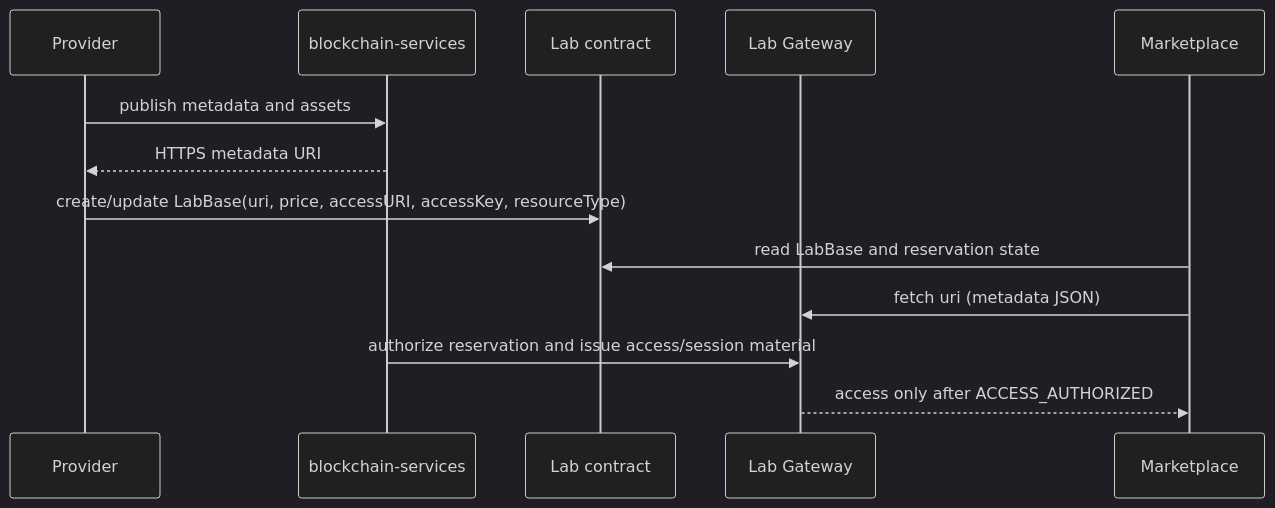
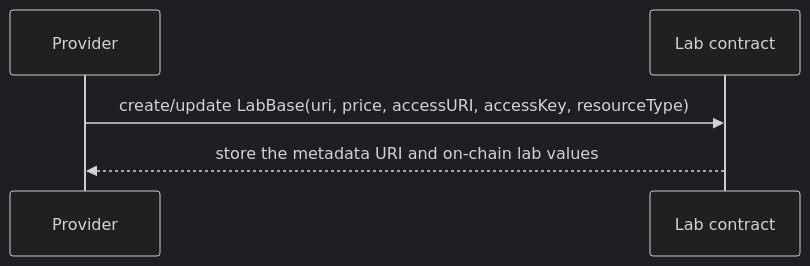
The diagram in README.md (DecentraLabsCom/Lab-Metadata), drawn with Mermaid (dark theme) before and after one commit. The commit also changed other lines of this file and 2 other files, not shown here.

Commit message:
docs(metadata): remove legacy implementation details

````diff
--- a/README.md
+++ b/README.md
@@ -102,15 +82,7 @@
 ```mermaid
 sequenceDiagram
     participant P as Provider
-    participant B as blockchain-services
     participant C as Lab contract
-    participant G as Lab Gateway
-    participant M as Marketplace
-    P->>B: publish metadata and assets
-    B-->>P: HTTPS metadata URI
     P->>C: create/update LabBase(uri, price, accessURI, accessKey, resourceType)
-    M->>C: read LabBase and reservation state
-    M->>G: fetch uri (metadata JSON)
-    B->>G: authorize reservation and issue access/session material
-    G-->>M: access only after ACCESS_AUTHORIZED
+    C-->>P: store the metadata URI and on-chain lab values
 ```
````
